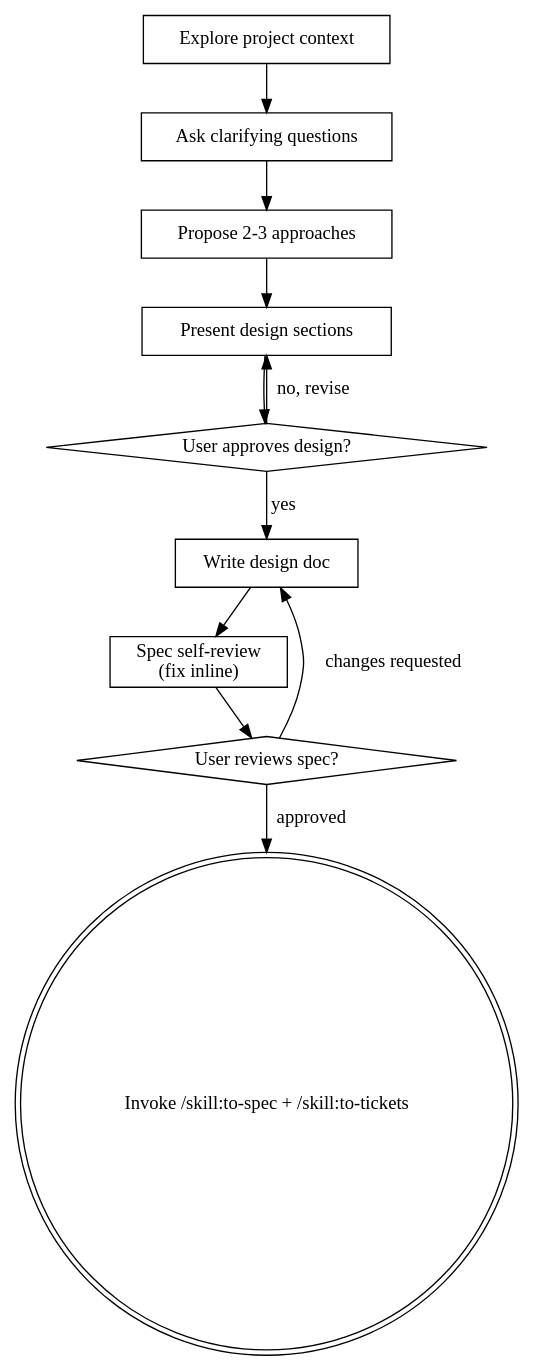
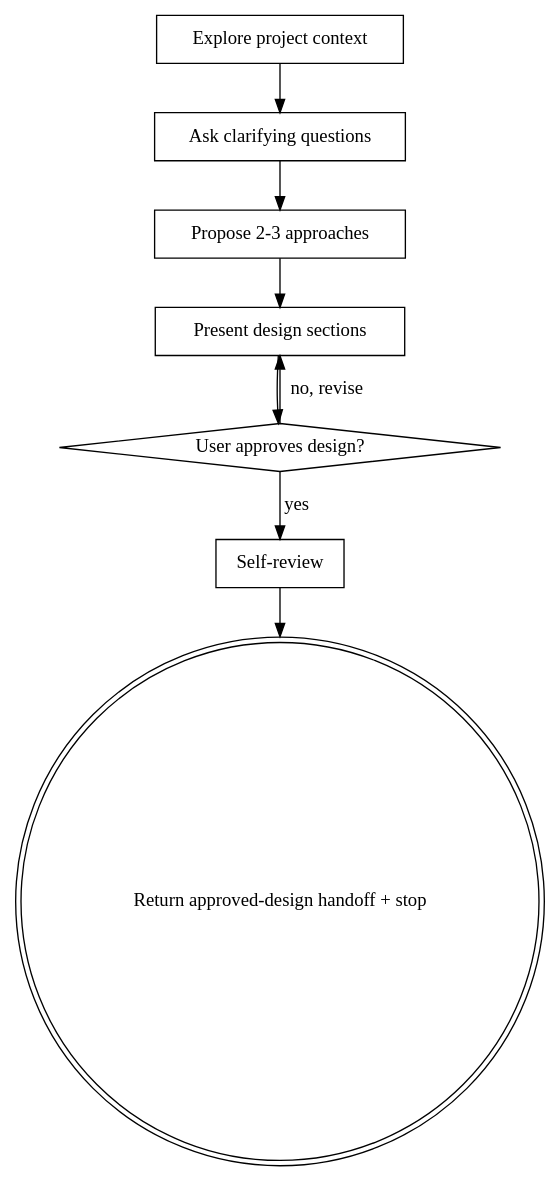
The diagram in skills/brainstorming/SKILL.md (romiluz13/auto-pi), drawn with Graphviz before and after one commit. The commit also changed other lines of this file and 6 other files, not shown here.

````diff
--- a/skills/brainstorming/SKILL.md
+++ b/skills/brainstorming/SKILL.md
@@ -36,24 +36,19 @@
 ```dot
 digraph brainstorming {
     "Explore project context" [shape=box];
     "Ask clarifying questions" [shape=box];
     "Propose 2-3 approaches" [shape=box];
     "Present design sections" [shape=box];
     "User approves design?" [shape=diamond];
-    "Write design doc" [shape=box];
-    "Spec self-review\n(fix inline)" [shape=box];
-    "User reviews spec?" [shape=diamond];
-    "Invoke /skill:to-spec + /skill:to-tickets" [shape=doublecircle];
+    "Self-review" [shape=box];
+    "Return approved-design handoff + stop" [shape=doublecircle];
 
     "Explore project context" -> "Ask clarifying questions";
     "Ask clarifying questions" -> "Propose 2-3 approaches";
     "Propose 2-3 approaches" -> "Present design sections";
     "Present design sections" -> "User approves design?";
     "User approves design?" -> "Present design sections" [label="no, revise"];
-    "User approves design?" -> "Write design doc" [label="yes"];
-    "Write design doc" -> "Spec self-review\n(fix inline)";
-    "Spec self-review\n(fix inline)" -> "User reviews spec?";
-    "User reviews spec?" -> "Write design doc" [label="changes requested"];
-    "User reviews spec?" -> "Invoke /skill:to-spec + /skill:to-tickets" [label="approved"];
+    "User approves design?" -> "Self-review" [label="yes"];
+    "Self-review" -> "Return approved-design handoff + stop";
 }
 ```
````
